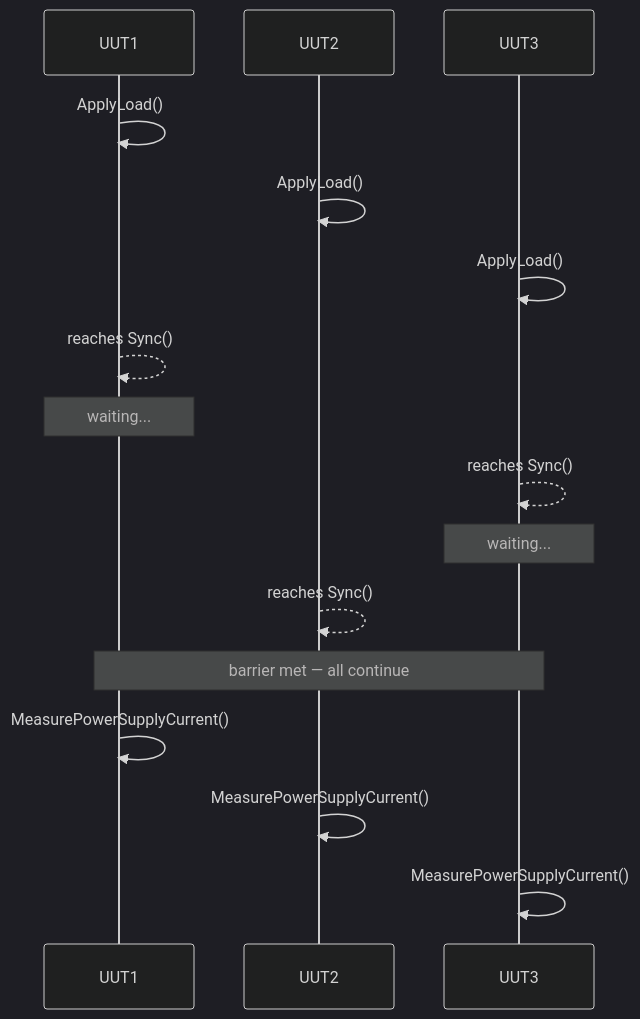
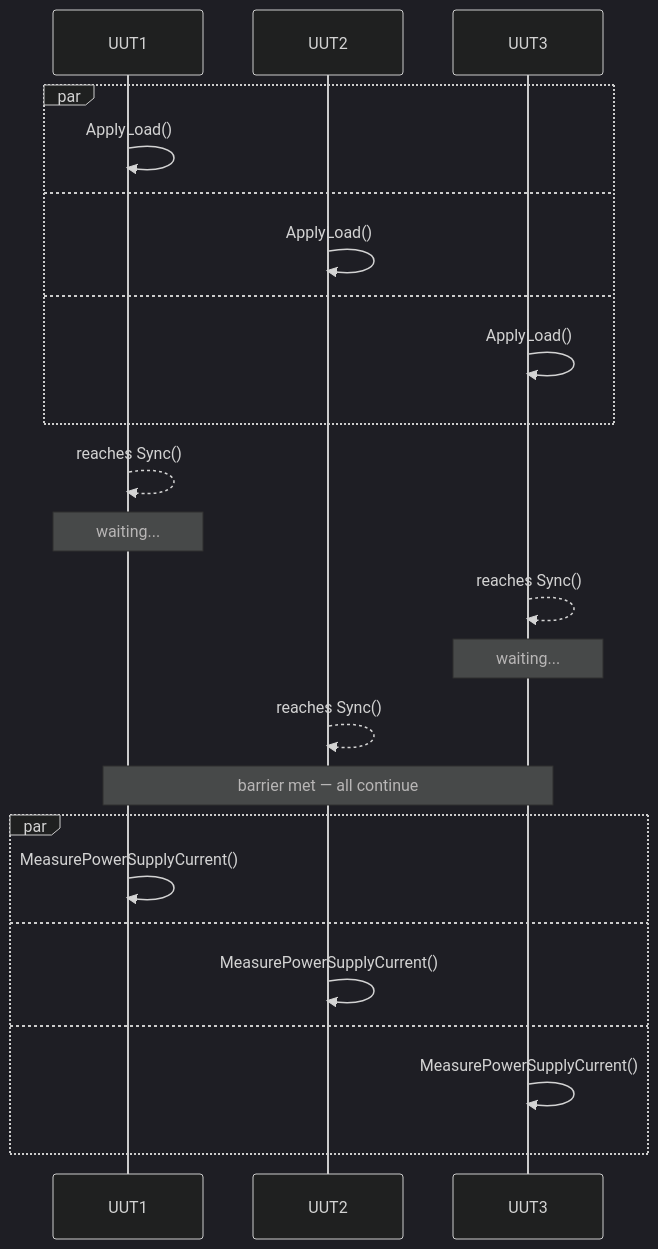
The first of 2 diagrams in docs/architecture/lua-layer.md (smartel99/Frasy), drawn with Mermaid (dark theme) before and after one commit. The commit also changed other lines of this file and 2 other files, not shown here.

````diff
--- a/docs/architecture/lua-layer.md
+++ b/docs/architecture/lua-layer.md
@@ -183,19 +183,27 @@
 ```mermaid
 sequenceDiagram
     participant UUT1
     participant UUT2
     participant UUT3
 
-    UUT1->>UUT1: ApplyLoad()
-    UUT2->>UUT2: ApplyLoad()
-    UUT3->>UUT3: ApplyLoad()
+    par
+        UUT1->>UUT1: ApplyLoad()
+    and
+        UUT2->>UUT2: ApplyLoad()
+    and
+        UUT3->>UUT3: ApplyLoad()
+    end
     UUT1-->>UUT1: reaches Sync()
     Note over UUT1: waiting...
     UUT3-->>UUT3: reaches Sync()
     Note over UUT3: waiting...
     UUT2-->>UUT2: reaches Sync()
     Note over UUT1,UUT3: barrier met — all continue
-    UUT1->>UUT1: MeasurePowerSupplyCurrent()
-    UUT2->>UUT2: MeasurePowerSupplyCurrent()
-    UUT3->>UUT3: MeasurePowerSupplyCurrent()
+    par
+        UUT1->>UUT1: MeasurePowerSupplyCurrent()
+    and
+        UUT2->>UUT2: MeasurePowerSupplyCurrent()
+    and
+        UUT3->>UUT3: MeasurePowerSupplyCurrent()
+    end
 ```
````
